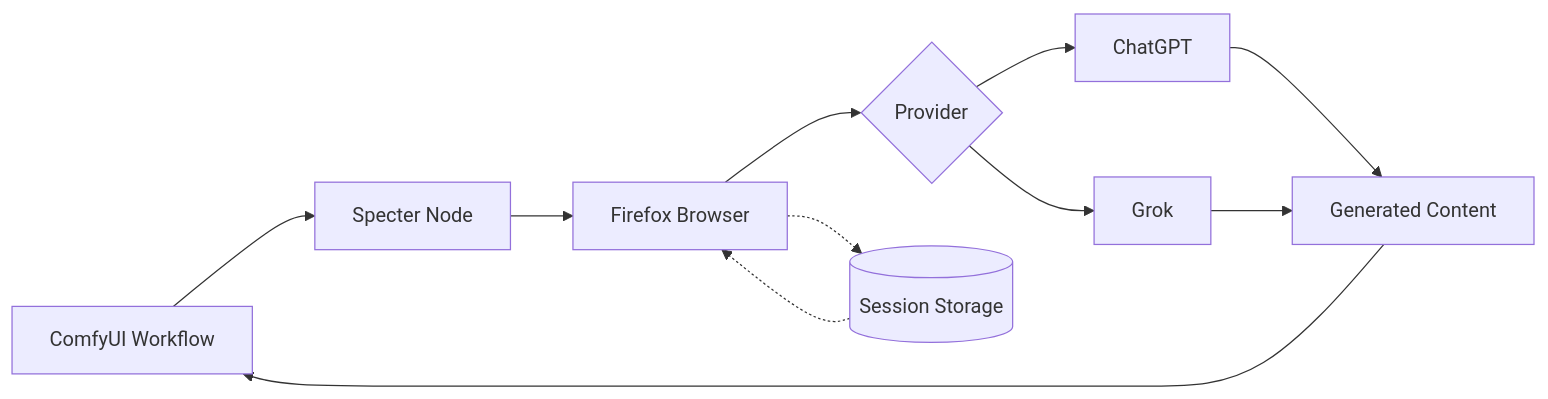
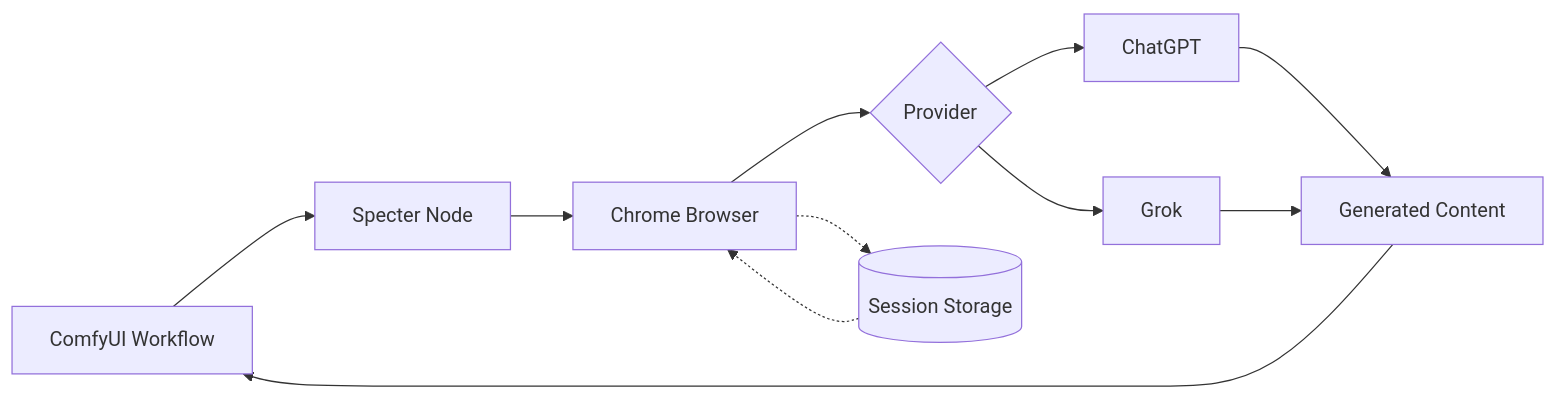
One commit to lars-hagen/ComfyUI-Specter changed the diagram in README.md. Above: the diagram before and after it, drawn with Mermaid. The commit also changed other lines of this file and 28 other files, not shown here.

Commit message:
refactor: flatten provider architecture and migrate to patchright

````diff
--- a/README.md
+++ b/README.md
@@ -17,14 +17,14 @@
 ```mermaid
 flowchart LR
     A[ComfyUI Workflow] --> B[Specter Node]
-    B --> C[Firefox Browser]
+    B --> C[Chrome Browser]
     C --> D{Provider}
     D --> E[ChatGPT]
     D --> F[Grok]
     E --> G[Generated Content]
     F --> G
     G --> A
 
     C -.-> H[(Session Storage)]
     H -.-> C
 ```
````
